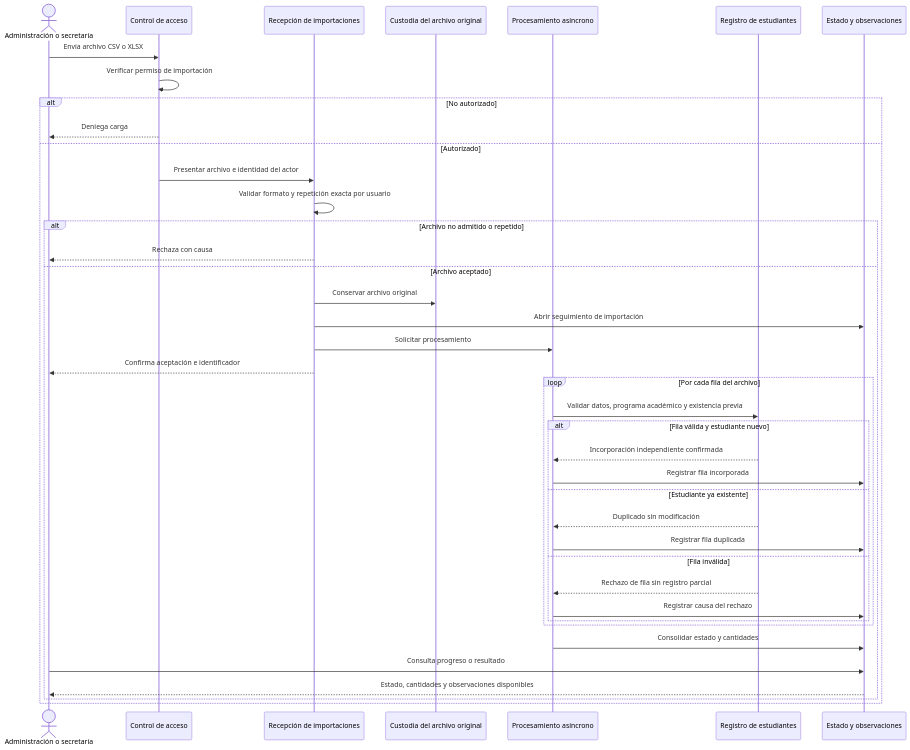
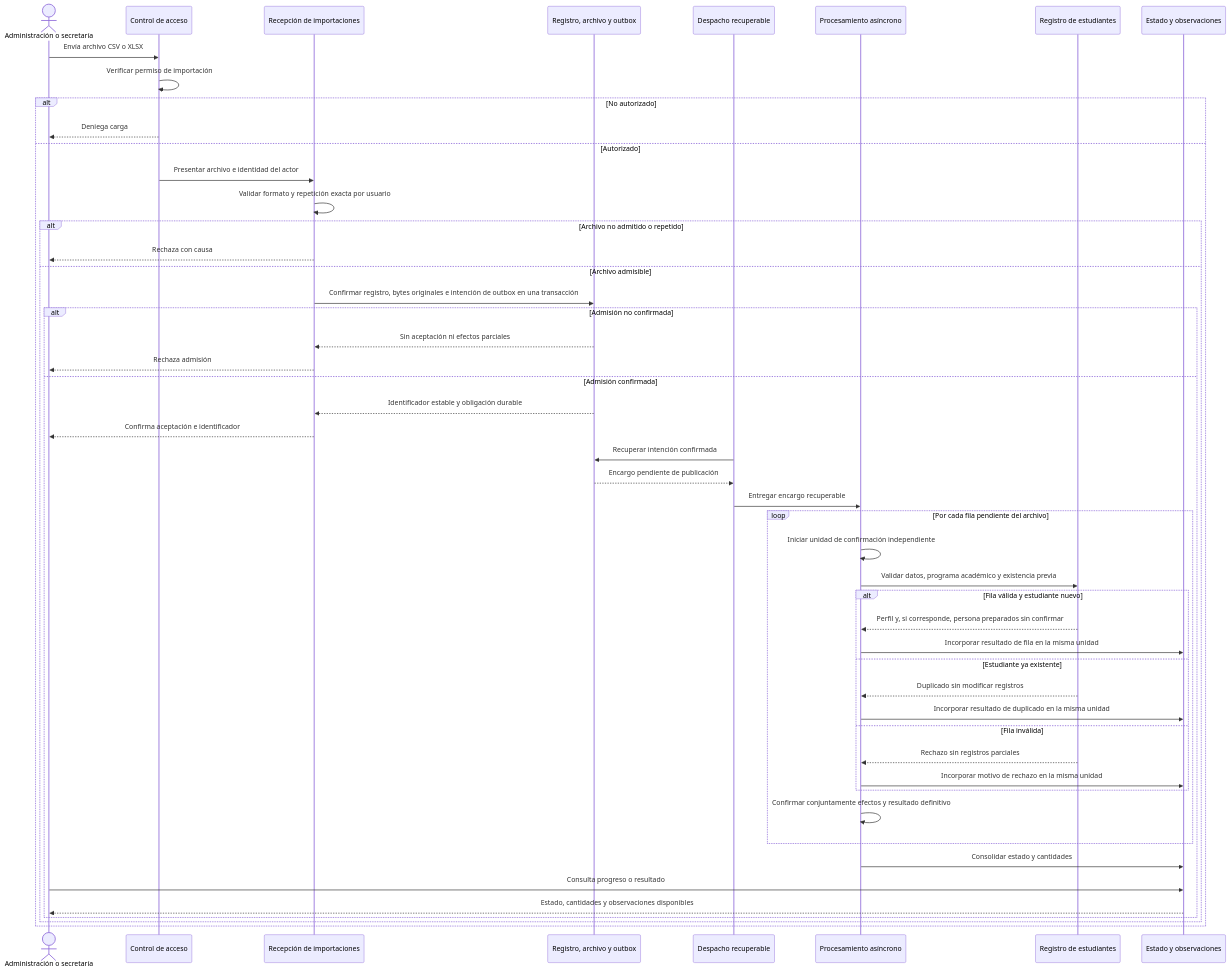
One commit to EderPanta18/academic-management-api changed the fifth of 7 diagrams in docs/04-analysis/04-interaction-sequences.md. Above: the diagram before and after it, drawn with Mermaid. The commit also changed other lines of this file and 20 other files, not shown here.

Commit message:
docs: consolidate functional and architectural specifications

````diff
--- a/docs/04-analysis/04-interaction-sequences.md
+++ b/docs/04-analysis/04-interaction-sequences.md
@@ -157,43 +157,53 @@
 ```mermaid
 sequenceDiagram
     actor Operador as Administración o secretaría
     participant Acceso as Control de acceso
     participant Recepcion as Recepción de importaciones
-    participant Archivo as Custodia del archivo original
+    participant Persistencia as Registro, archivo y outbox
+    participant Despacho as Despacho recuperable
     participant Proceso as Procesamiento asíncrono
     participant Estudiantes as Registro de estudiantes
     participant Seguimiento as Estado y observaciones
 
     Operador->>Acceso: Envía archivo CSV o XLSX
     Acceso->>Acceso: Verificar permiso de importación
     alt No autorizado
         Acceso-->>Operador: Deniega carga
     else Autorizado
         Acceso->>Recepcion: Presentar archivo e identidad del actor
         Recepcion->>Recepcion: Validar formato y repetición exacta por usuario
         alt Archivo no admitido o repetido
             Recepcion-->>Operador: Rechaza con causa
-        else Archivo aceptado
-            Recepcion->>Archivo: Conservar archivo original
-            Recepcion->>Seguimiento: Abrir seguimiento de importación
-            Recepcion->>Proceso: Solicitar procesamiento
-            Recepcion-->>Operador: Confirma aceptación e identificador
-            loop Por cada fila del archivo
-                Proceso->>Estudiantes: Validar datos, programa académico y existencia previa
-                alt Fila válida y estudiante nuevo
-                    Estudiantes-->>Proceso: Incorporación independiente confirmada
-                    Proceso->>Seguimiento: Registrar fila incorporada
-                else Estudiante ya existente
-                    Estudiantes-->>Proceso: Duplicado sin modificación
-                    Proceso->>Seguimiento: Registrar fila duplicada
-                else Fila inválida
-                    Estudiantes-->>Proceso: Rechazo de fila sin registro parcial
-                    Proceso->>Seguimiento: Registrar causa del rechazo
+        else Archivo admisible
+            Recepcion->>Persistencia: Confirmar registro, bytes originales e intención de outbox en una transacción
+            alt Admisión no confirmada
+                Persistencia-->>Recepcion: Sin aceptación ni efectos parciales
+                Recepcion-->>Operador: Rechaza admisión
+            else Admisión confirmada
+                Persistencia-->>Recepcion: Identificador estable y obligación durable
+                Recepcion-->>Operador: Confirma aceptación e identificador
+                Despacho->>Persistencia: Recuperar intención confirmada
+                Persistencia-->>Despacho: Encargo pendiente de publicación
+                Despacho->>Proceso: Entregar encargo recuperable
+                loop Por cada fila pendiente del archivo
+                    Proceso->>Proceso: Iniciar unidad de confirmación independiente
+                    Proceso->>Estudiantes: Validar datos, programa académico y existencia previa
+                    alt Fila válida y estudiante nuevo
+                        Estudiantes-->>Proceso: Perfil y, si corresponde, persona preparados sin confirmar
+                        Proceso->>Seguimiento: Incorporar resultado de fila en la misma unidad
+                    else Estudiante ya existente
+                        Estudiantes-->>Proceso: Duplicado sin modificar registros
+                        Proceso->>Seguimiento: Incorporar resultado de duplicado en la misma unidad
+                    else Fila inválida
+                        Estudiantes-->>Proceso: Rechazo sin registros parciales
+                        Proceso->>Seguimiento: Incorporar motivo de rechazo en la misma unidad
+                    end
+                    Proceso->>Proceso: Confirmar conjuntamente efectos y resultado definitivo
                 end
+                Proceso->>Seguimiento: Consolidar estado y cantidades
+                Operador->>Seguimiento: Consulta progreso o resultado
+                Seguimiento-->>Operador: Estado, cantidades y observaciones disponibles
             end
-            Proceso->>Seguimiento: Consolidar estado y cantidades
-            Operador->>Seguimiento: Consulta progreso o resultado
-            Seguimiento-->>Operador: Estado, cantidades y observaciones disponibles
         end
     end
 ```
````
